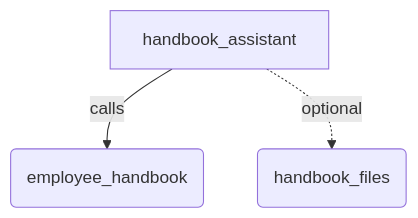
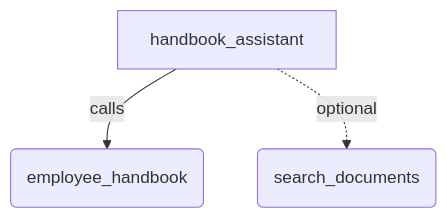
One commit to google/adk-js changed the diagram in samples/tools/retrieval/README.md. Above: the diagram before and after it, drawn with Mermaid. The commit also changed other lines of this file and 6 other files, not shown here.

````diff
--- a/samples/tools/retrieval/README.md
+++ b/samples/tools/retrieval/README.md
@@ -30,5 +40,5 @@
 ```mermaid
 graph TD
     HandbookAssistant[handbook_assistant] -->|calls| Handbook(employee_handbook)
-    HandbookAssistant -.->|optional| Files(handbook_files)
+    HandbookAssistant -.->|optional| Files(search_documents)
 ```
````
